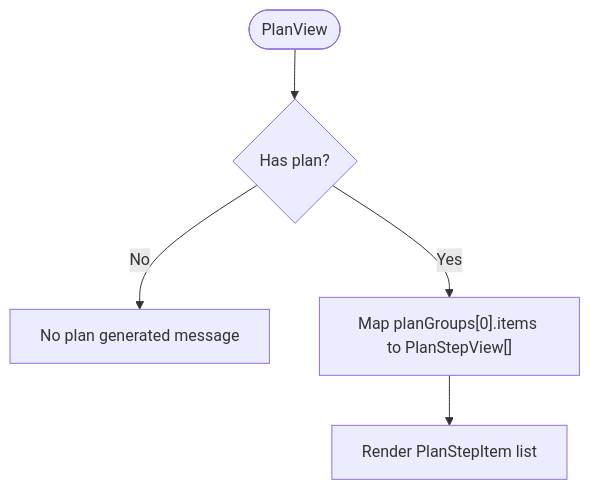
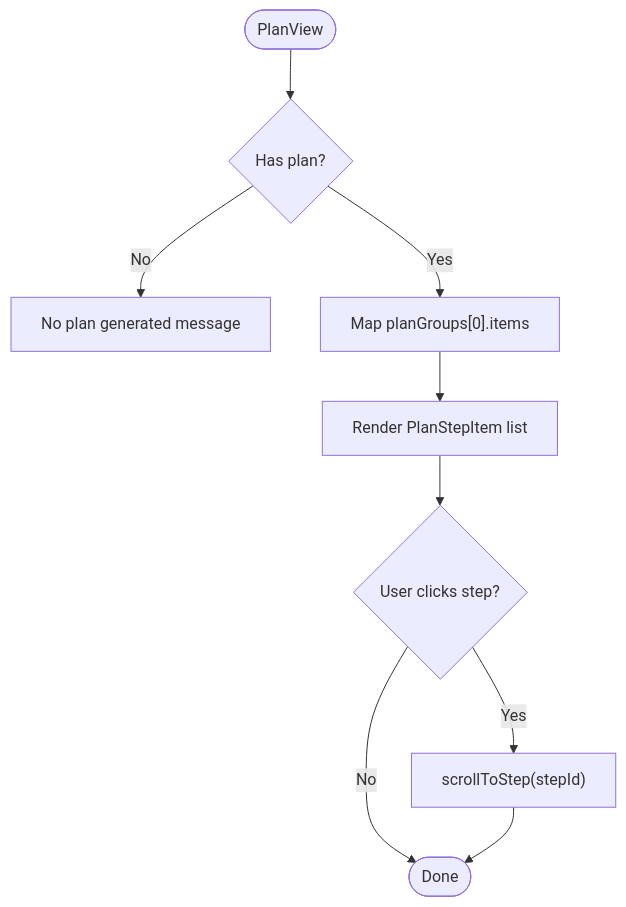
Before and after one commit to v0lka/c0wrk: diagram 11 of 15 in .qoder/repowiki/en/content/Frontend Application/UI Components/Chat Interface Components.md, drawn with Mermaid. The commit also changed other lines of this file and 13 other files, not shown here.

````diff
--- a/.qoder/repowiki/en/content/Frontend Application/UI Components/Chat Interface Components.md
+++ b/.qoder/repowiki/en/content/Frontend Application/UI Components/Chat Interface Components.md
@@ -362,7 +491,11 @@
 ```mermaid
 flowchart TD
 Start(["PlanView"]) --> Latest{"Has plan?"}
 Latest --> |No| Empty["No plan generated message"]
-Latest --> |Yes| Map["Map planGroups[0].items to PlanStepView[]"]
-Map --> Render["Render PlanStepItem list"]
+Latest --> |Yes| Items["Map planGroups[0].items"]
+Items --> Render["Render PlanStepItem list"]
+Render --> Click{"User clicks step?"}
+Click --> |Yes| Scroll["scrollToStep(stepId)"]
+Click --> |No| End(["Done"])
+Scroll --> End
 ```
````
